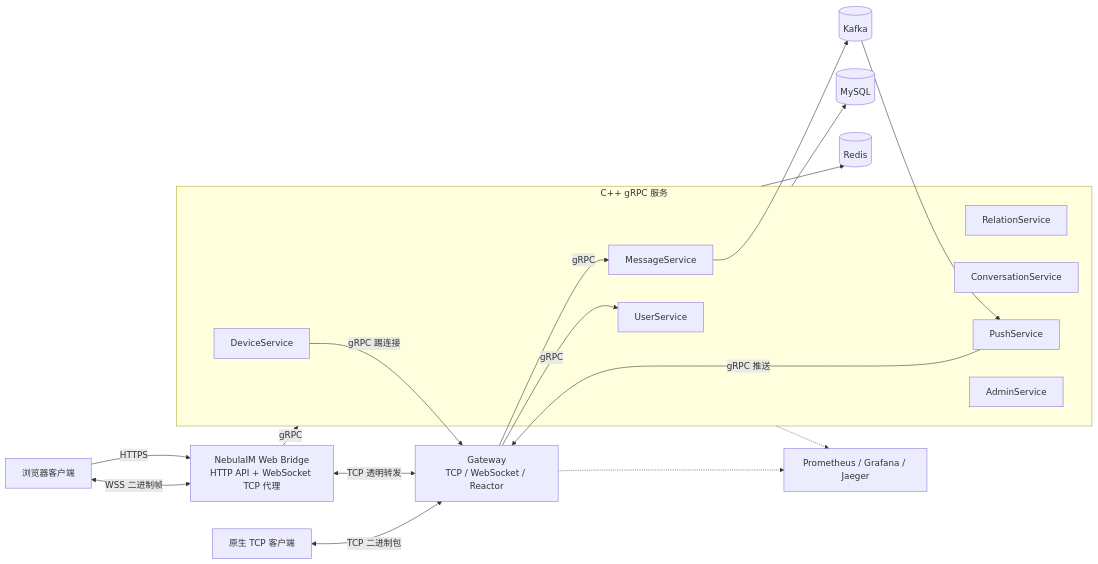
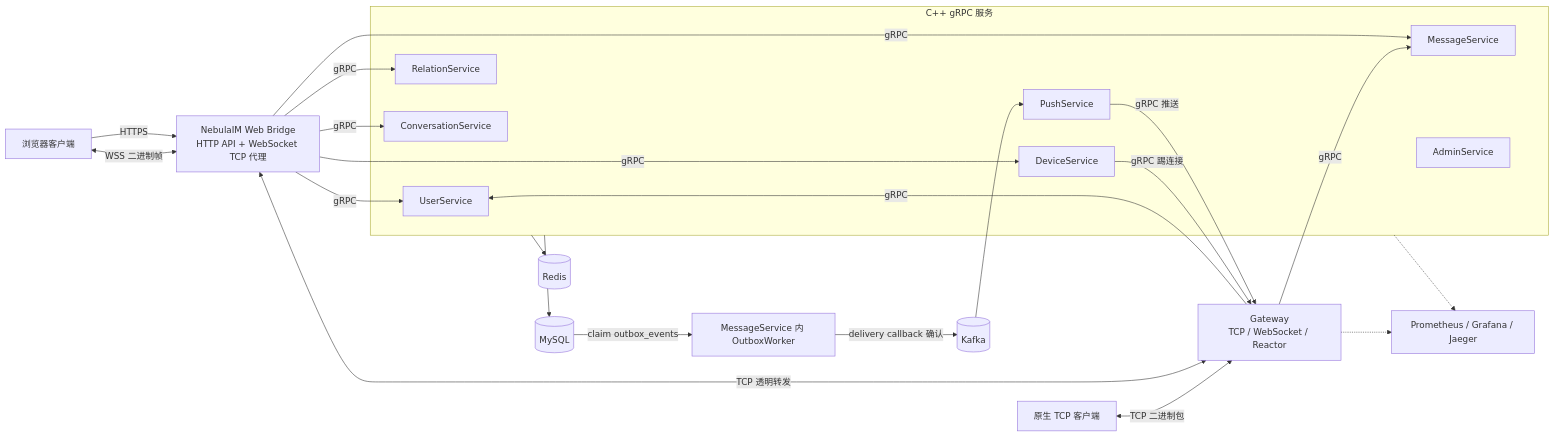
Before and after one commit to Fizgrad/fizgrad.github.io: the first of 12 diagrams in blog/nebula.md, drawn with Mermaid. The commit also changed other lines of this file and 12 other files, not shown here.

````diff
--- a/blog/nebula.md
+++ b/blog/nebula.md
@@ -21,40 +21,46 @@
 ```mermaid
 flowchart LR
     Browser["浏览器客户端"]
     Native["原生 TCP 客户端"]
     Bridge["NebulaIM Web Bridge<br/>HTTP API + WebSocket TCP 代理"]
     Gateway["Gateway<br/>TCP / WebSocket / Reactor"]
 
     subgraph Services["C++ gRPC 服务"]
         User["UserService"]
         Message["MessageService"]
         Relation["RelationService"]
         Conversation["ConversationService"]
         Device["DeviceService"]
         Push["PushService"]
         Admin["AdminService"]
     end
 
     MySQL[("MySQL")]
     Redis[("Redis")]
     Kafka[("Kafka")]
+    Outbox["MessageService 内 OutboxWorker"]
     Observe["Prometheus / Grafana / Jaeger"]
 
     Browser -->|"HTTPS"| Bridge
     Browser <-->|"WSS 二进制帧"| Bridge
-    Bridge -->|"gRPC"| Services
+    Bridge -->|"gRPC"| User
+    Bridge -->|"gRPC"| Message
+    Bridge -->|"gRPC"| Relation
+    Bridge -->|"gRPC"| Conversation
+    Bridge -->|"gRPC"| Device
     Bridge <-->|"TCP 透明转发"| Gateway
     Native <-->|"TCP 二进制包"| Gateway
 
     Gateway -->|"gRPC"| User
     Gateway -->|"gRPC"| Message
     Push -->|"gRPC 推送"| Gateway
     Device -->|"gRPC 踢连接"| Gateway
 
     Services --> MySQL
     Services --> Redis
-    Message --> Kafka
+    MySQL -->|"claim outbox_events"| Outbox
+    Outbox -->|"delivery callback 确认"| Kafka
     Kafka --> Push
     Gateway -.-> Observe
     Services -.-> Observe
 ```
````
